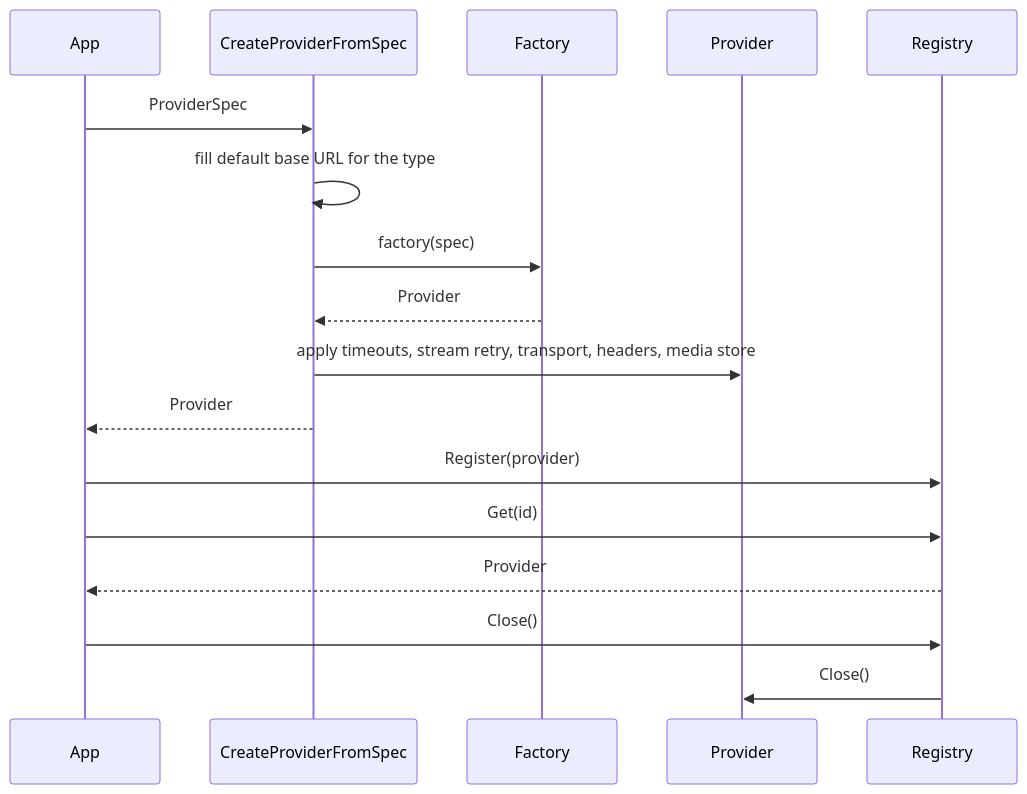
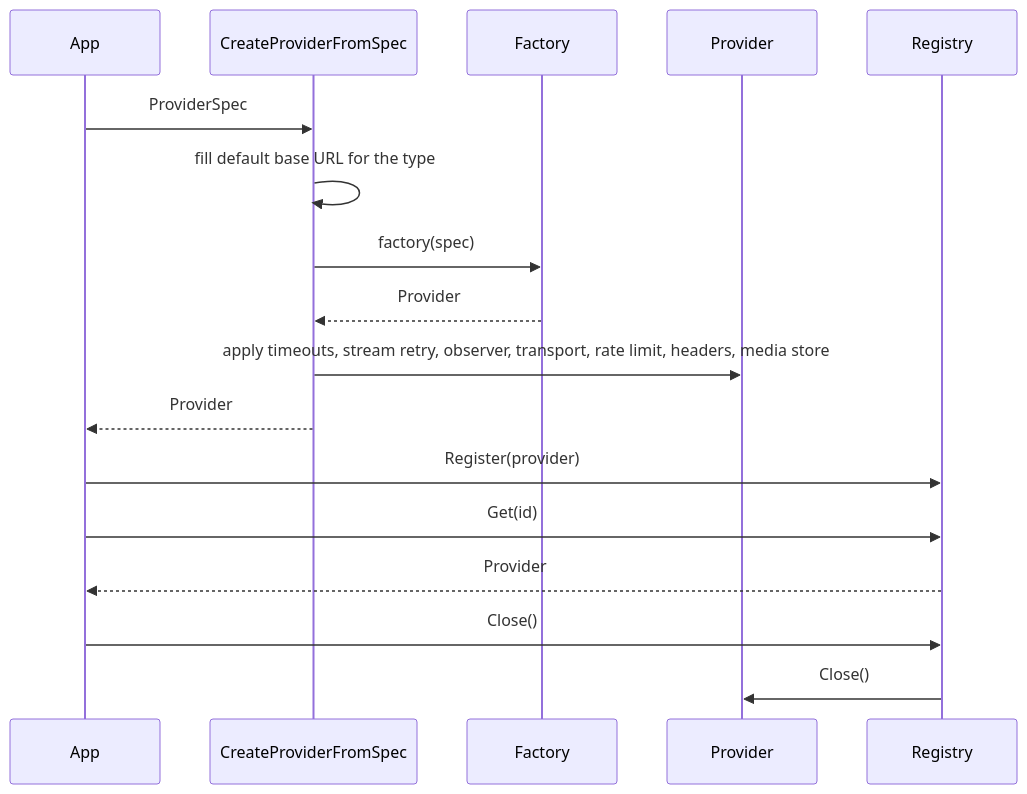
Before and after one commit to AltairaLabs/PromptKit: the second of 5 diagrams in docs/src/content/docs/architecture/runtime-providers.md, drawn with Mermaid. The commit also changed other lines of this file and 17 other files, not shown here.

````diff
--- a/docs/src/content/docs/architecture/runtime-providers.md
+++ b/docs/src/content/docs/architecture/runtime-providers.md
@@ -151,20 +148,20 @@
 ```mermaid
 sequenceDiagram
     participant App
     participant Spec as CreateProviderFromSpec
     participant Factory
     participant Provider
     participant Registry
 
     App->>Spec: ProviderSpec
     Spec->>Spec: fill default base URL for the type
     Spec->>Factory: factory(spec)
     Factory-->>Spec: Provider
-    Spec->>Provider: apply timeouts, stream retry, transport, headers, media store
+    Spec->>Provider: apply timeouts, stream retry, observer, transport, rate limit, headers, media store
     Spec-->>App: Provider
     App->>Registry: Register(provider)
     App->>Registry: Get(id)
     Registry-->>App: Provider
     App->>Registry: Close()
     Registry->>Provider: Close()
 ```
````
